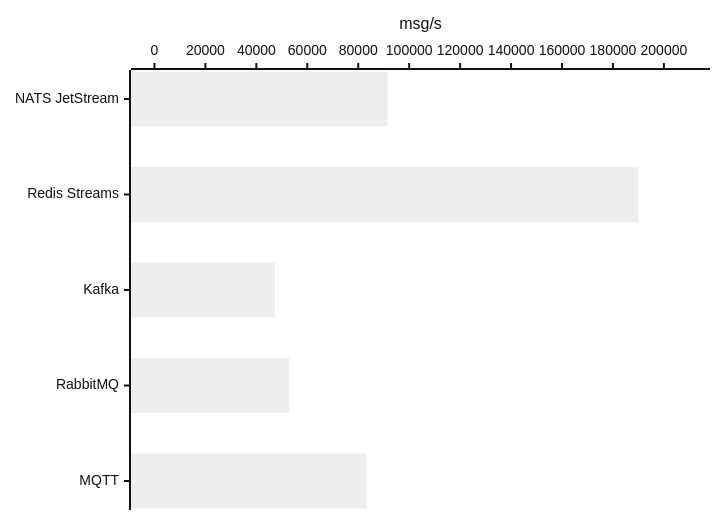
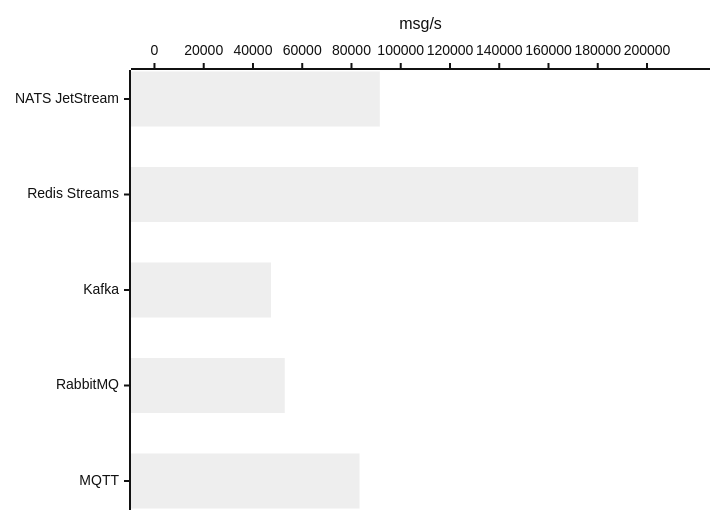
One commit to the-protobuf-project/runtime-rs changed the sixth of 9 diagrams in streams/benches/README.md. Above: the diagram before and after it, drawn with Mermaid (neutral theme). The commit also changed other lines of this file and 13 other files, not shown here.

````diff
--- a/streams/benches/README.md
+++ b/streams/benches/README.md
@@ -199,6 +199,6 @@
 ```mermaid
 xychart-beta horizontal
     x-axis ["NATS JetStream", "Redis Streams", "Kafka", "RabbitMQ", "MQTT"]
-    y-axis "msg/s" 0 --> 208890
-    bar [91506, 189900, 47320, 52898, 83274]
+    y-axis "msg/s" 0 --> 216053
+    bar [91506, 196412, 47320, 52898, 83274]
 ```
````
